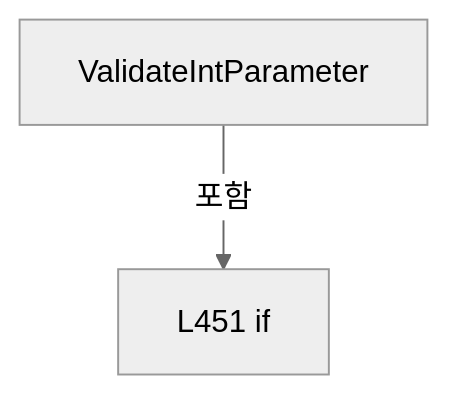
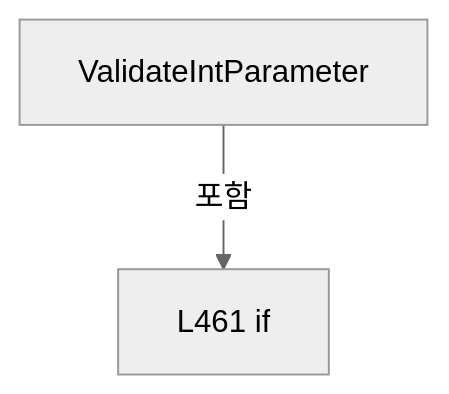
One commit to kjuws10-rgb/Shared changed the tenth of 17 diagrams in A3 LD Code Ref/files/Drilling.File/JHMI/CSettingFile.cs.md. Above: the diagram before and after it, drawn with Mermaid (neutral theme). The commit also changed other lines of this file and 2071 other files, not shown here.

Commit message:
docs(a3): update 11.19.0 architecture and code reference

````diff
--- a/A3 LD Code Ref/files/Drilling.File/JHMI/CSettingFile.cs.md
+++ b/A3 LD Code Ref/files/Drilling.File/JHMI/CSettingFile.cs.md
@@ -1954,6 +1964,6 @@
 ```mermaid
 flowchart TD
  M["ValidateIntParameter"]
- N0["L451 if"]
+ N0["L461 if"]
  M -->|포함| N0
 ```
````
